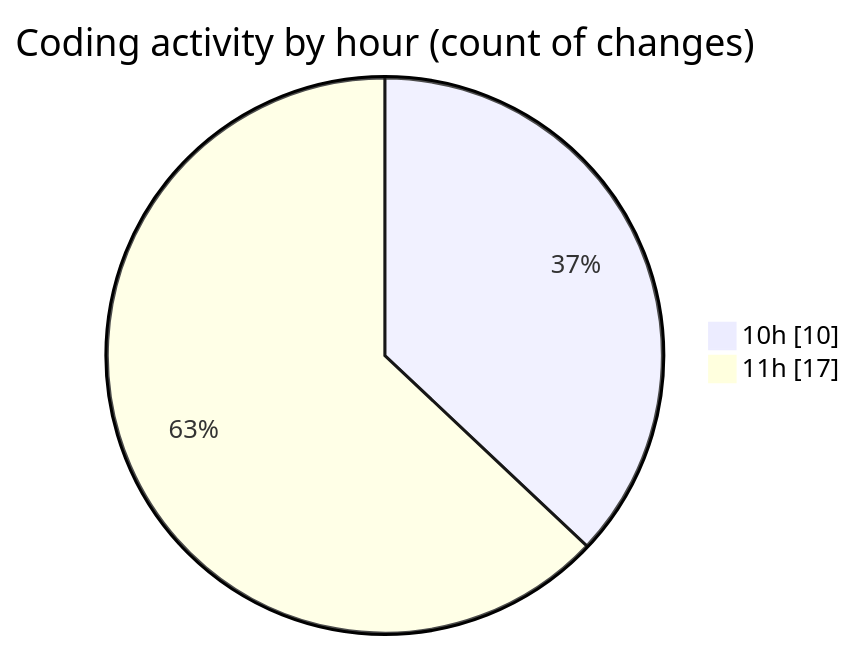
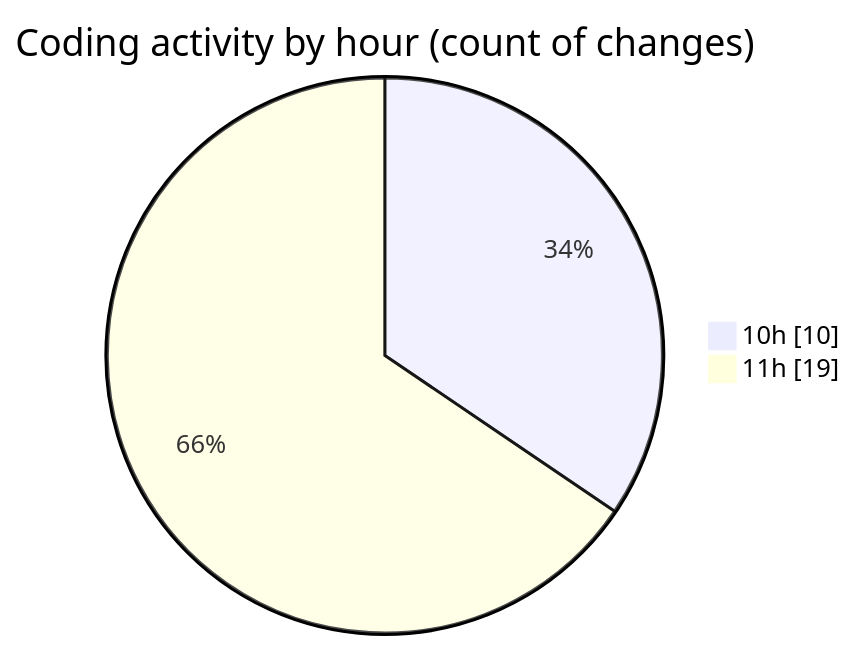
Before and after one commit to nxtqubesakshisongat/code-tracking: the second of 2 diagrams in 2025-07-21/nxtqube_webapp/README.md, drawn with Mermaid. The commit also changed other lines of this file and 1 other file, not shown here.

````diff
--- a/2025-07-21/nxtqube_webapp/README.md
+++ b/2025-07-21/nxtqube_webapp/README.md
@@ -36,6 +36,6 @@
 ```mermaid
 pie showData
 title Coding activity by hour (count of changes)
 "10h" : 10
-"11h" : 17
+"11h" : 19
 ```
````
